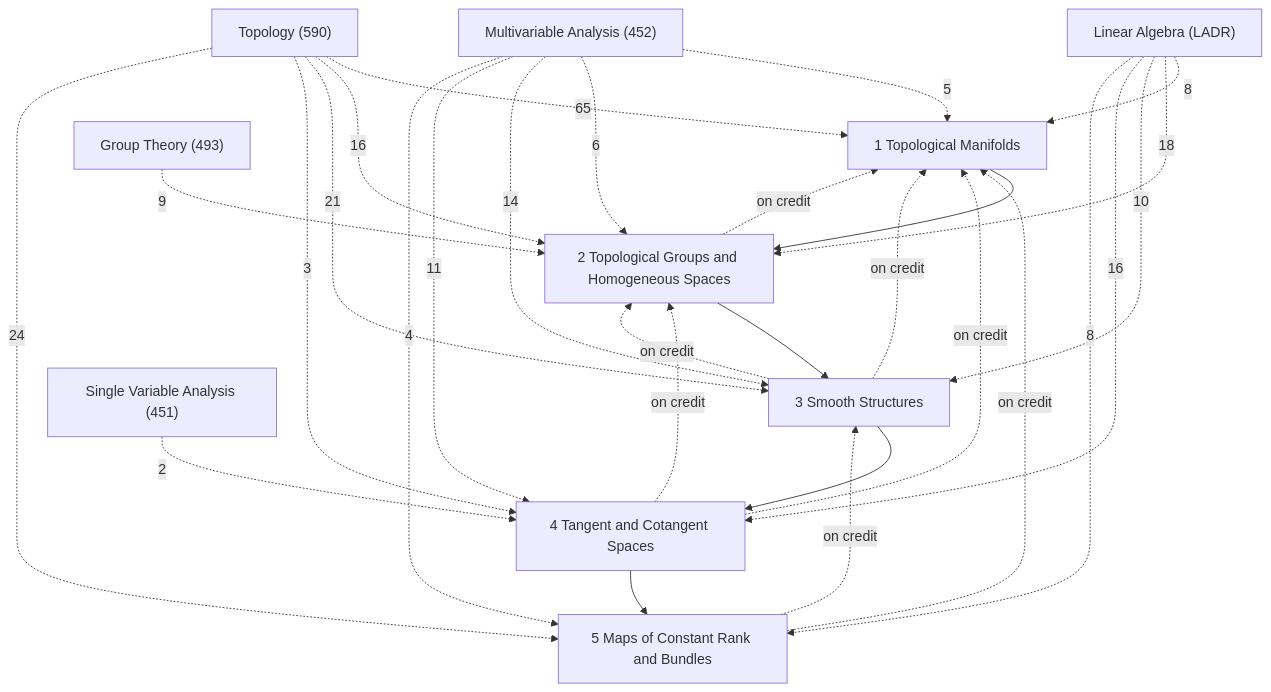
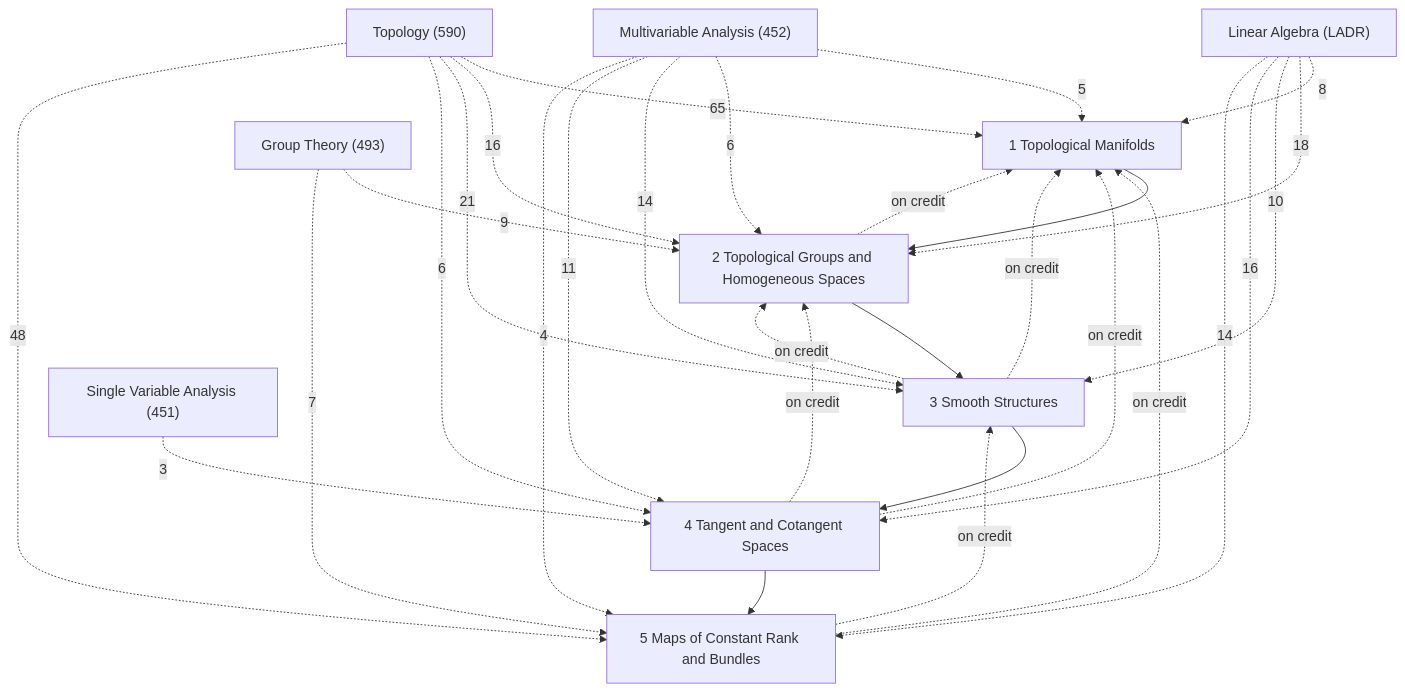
The diagram in Math/Differentiable Manifolds/Differentiable Manifolds.md (Onion20040508/notes), drawn with Mermaid before and after one commit. The commit also changed other lines of this file and 37 other files, not shown here.

````diff
--- a/Math/Differentiable Manifolds/Differentiable Manifolds.md
+++ b/Math/Differentiable Manifolds/Differentiable Manifolds.md
@@ -27,41 +27,42 @@
 ```mermaid
 graph TD
   C1["1 Topological Manifolds"]
   C2["2 Topological Groups and Homogeneous Spaces"]
   C3["3 Smooth Structures"]
   C4["4 Tangent and Cotangent Spaces"]
   C5["5 Maps of Constant Rank and Bundles"]
   X1["Topology (590)"]
   X2["Multivariable Analysis (452)"]
   X3["Linear Algebra (LADR)"]
   X4["Group Theory (493)"]
   X5["Single Variable Analysis (451)"]
   C1 --> C2
   C2 --> C3
   C3 --> C4
   C4 --> C5
   C2 -.->|on credit| C1
   C3 -.->|on credit| C1
   C3 -.->|on credit| C2
   C4 -.->|on credit| C1
   C4 -.->|on credit| C2
   C5 -.->|on credit| C1
   C5 -.->|on credit| C3
   X4 -.->|9| C2
+  X4 -.->|7| C5
   X3 -.->|8| C1
   X3 -.->|18| C2
   X3 -.->|10| C3
   X3 -.->|16| C4
-  X3 -.->|8| C5
+  X3 -.->|14| C5
   X2 -.->|5| C1
   X2 -.->|6| C2
   X2 -.->|14| C3
   X2 -.->|11| C4
   X2 -.->|4| C5
-  X5 -.->|2| C4
+  X5 -.->|3| C4
   X1 -.->|65| C1
   X1 -.->|16| C2
   X1 -.->|21| C3
-  X1 -.->|3| C4
-  X1 -.->|24| C5
+  X1 -.->|6| C4
+  X1 -.->|48| C5
 ```
````
